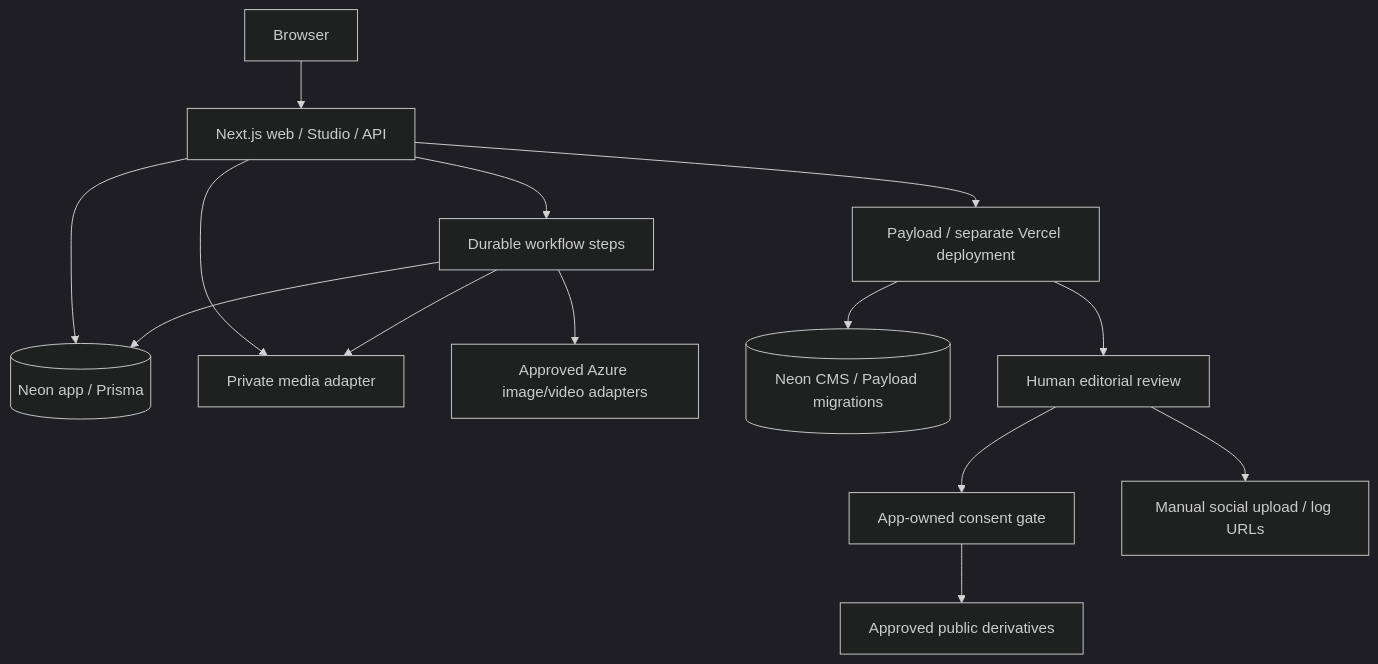
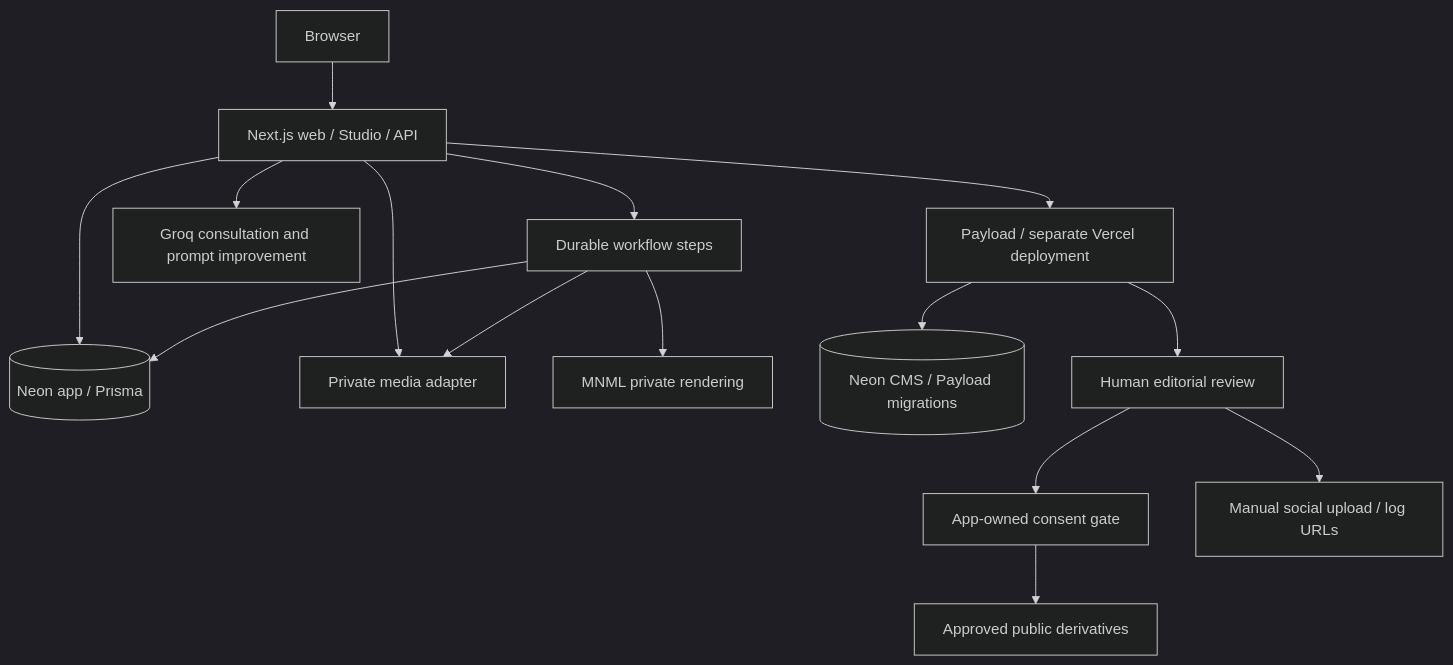
The diagram in docs/ARCHITECTURE.md (vastunord/MVP1), drawn with Mermaid (dark theme) before and after one commit. The commit also changed other lines of this file and 10 other files, not shown here.

````diff
--- a/docs/ARCHITECTURE.md
+++ b/docs/ARCHITECTURE.md
@@ -11,16 +11,17 @@
 ```mermaid
 flowchart TD
  Browser --> Web["Next.js web / Studio / API"]
  Web --> AppDB[("Neon app / Prisma")]
  Web --> Private["Private media adapter"]
  Web --> Workflow["Durable workflow steps"]
- Workflow --> AI["Approved Azure image/video adapters"]
+ Workflow --> AI["MNML private rendering"]
+ Web --> TextAI["Groq consultation and prompt improvement"]
  Workflow --> AppDB
  Workflow --> Private
  Web --> CMS["Payload / separate Vercel deployment"]
  CMS --> CMSDB[("Neon CMS / Payload migrations")]
  CMS --> Review["Human editorial review"]
  Review --> Consent["App-owned consent gate"]
  Consent --> Public["Approved public derivatives"]
  Review --> Manual["Manual social upload / log URLs"]
 ```
````
